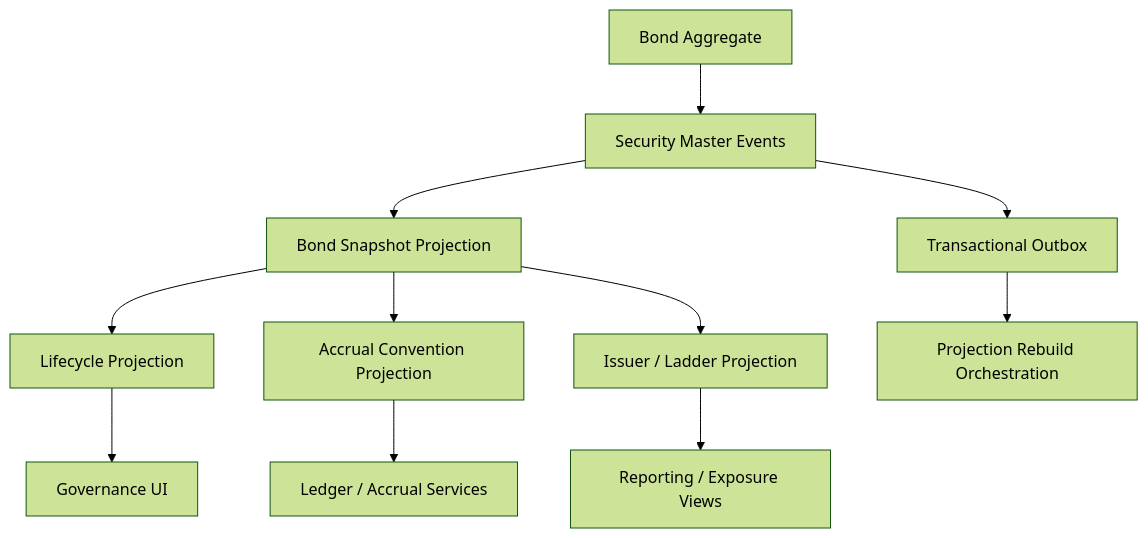
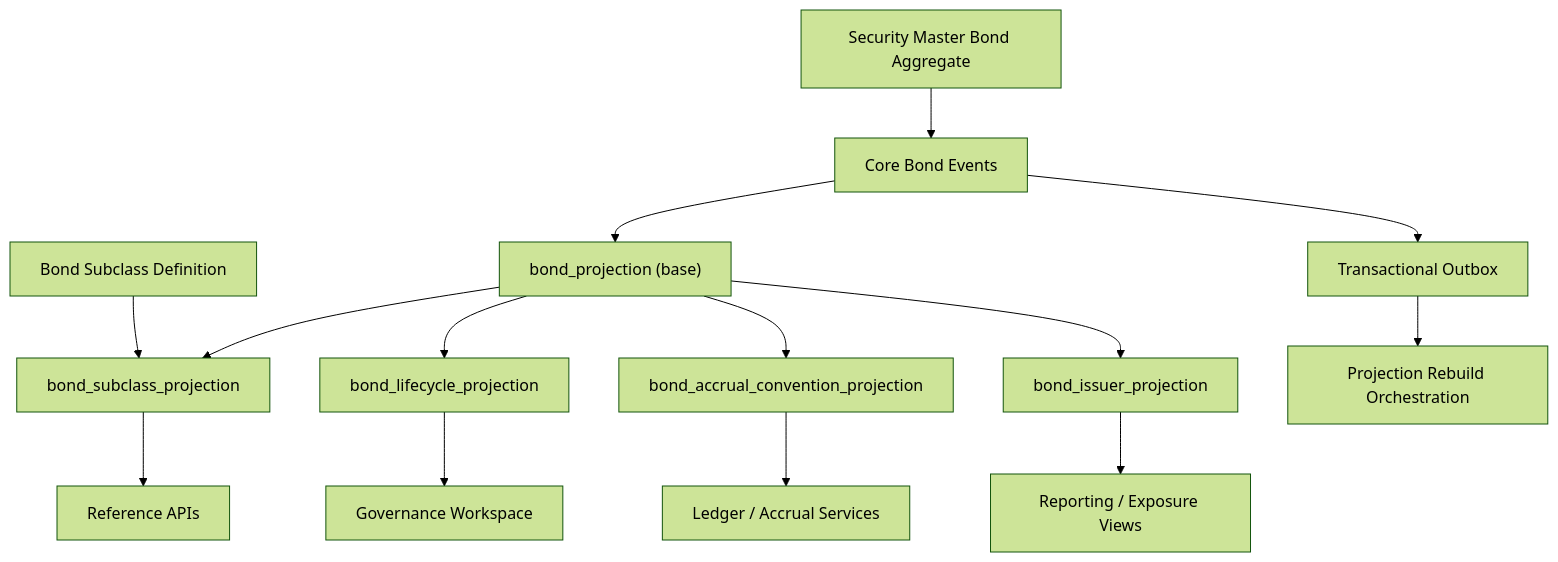
One commit to rodoHasArrived/Meridian-main changed the diagram in docs/plans/ufl-bond-target-state-v2.md. Above: the diagram before and after it, drawn with Mermaid (forest theme). The commit also changed other lines of this file, not shown here.

Commit message:
docs: harden bond blueprint abstractions and subclass policies

````diff
--- a/docs/plans/ufl-bond-target-state-v2.md
+++ b/docs/plans/ufl-bond-target-state-v2.md
@@ -55,15 +73,18 @@
 ```mermaid
 flowchart TD
-    Bond["Bond Aggregate"] --> BondEvents["Security Master Events"]
-    BondEvents --> Outbox["Transactional Outbox"]
-    BondEvents --> BondRM["Bond Snapshot Projection"]
+    BondAggregate["Security Master Bond Aggregate"] --> CoreEvents["Core Bond Events"]
+    CoreEvents --> Outbox["Transactional Outbox"]
+    CoreEvents --> BaseProjection["bond_projection (base)"]
 
-    BondRM --> LifecycleRM["Lifecycle Projection"]
-    BondRM --> AccrualRM["Accrual Convention Projection"]
-    BondRM --> IssuerRM["Issuer / Ladder Projection"]
+    SubclassDef["Bond Subclass Definition"] --> SubclassProjection["bond_subclass_projection"]
+    BaseProjection --> SubclassProjection
+    BaseProjection --> LifecycleProjection["bond_lifecycle_projection"]
+    BaseProjection --> AccrualProjection["bond_accrual_convention_projection"]
+    BaseProjection --> IssuerProjection["bond_issuer_projection"]
 
-    LifecycleRM --> Governance["Governance UI"]
-    AccrualRM --> Ledger["Ledger / Accrual Services"]
-    IssuerRM --> Reporting["Reporting / Exposure Views"]
+    SubclassProjection --> ReferenceApi["Reference APIs"]
+    LifecycleProjection --> GovernanceUi["Governance Workspace"]
+    AccrualProjection --> LedgerServices["Ledger / Accrual Services"]
+    IssuerProjection --> Reporting["Reporting / Exposure Views"]
     Outbox --> Rebuild["Projection Rebuild Orchestration"]
 ```
````
